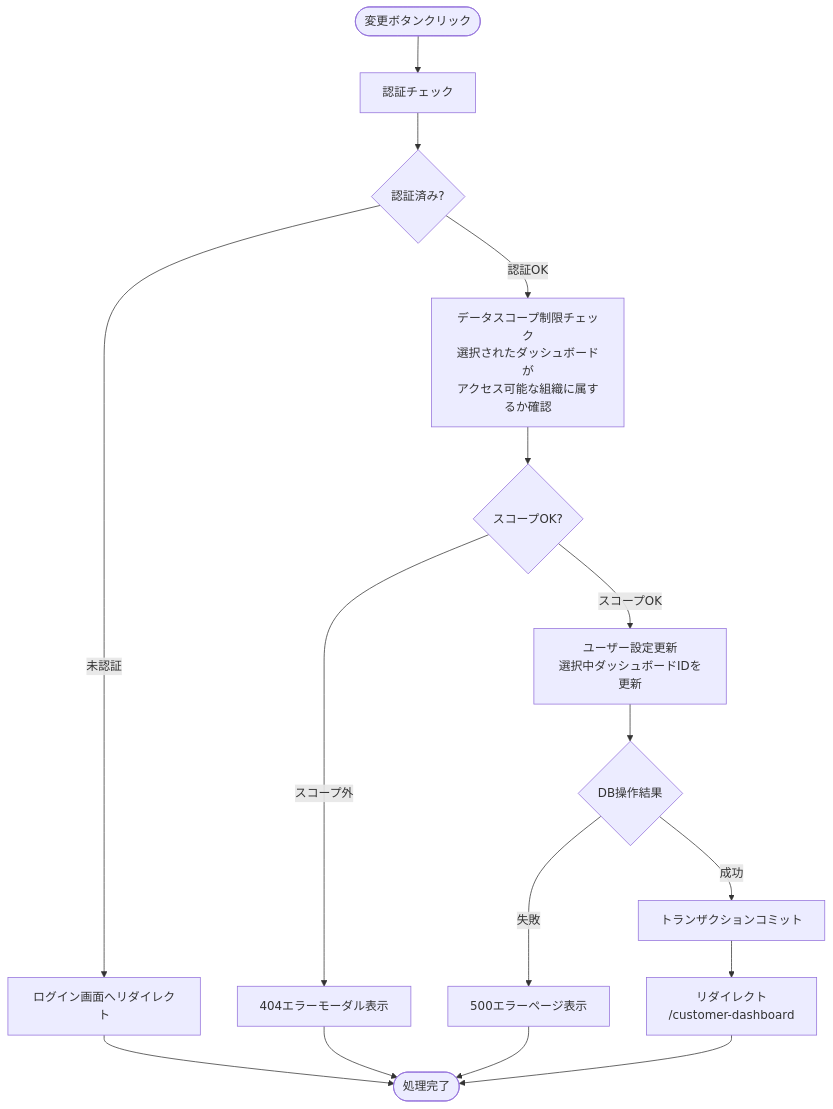
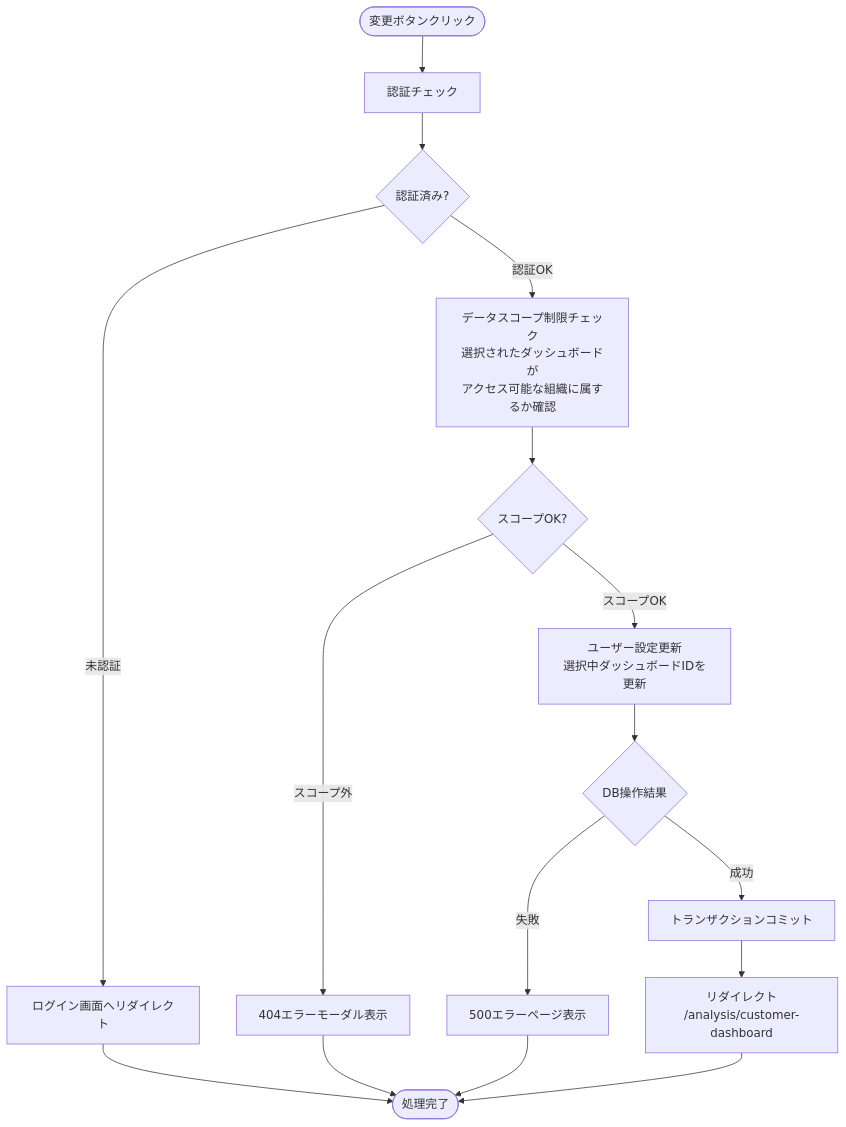
One commit to NSW-SVCP-AIWG002/Databricks-IoT changed the fourth of 15 diagrams in docs/03-features/flask-app/customer-dashboard/common/workflow-specification.md. Above: the diagram before and after it, drawn with Mermaid. The commit also changed other lines of this file and 5 other files, not shown here.

````diff
--- a/docs/03-features/flask-app/customer-dashboard/common/workflow-specification.md
+++ b/docs/03-features/flask-app/customer-dashboard/common/workflow-specification.md
@@ -883,21 +883,21 @@
 ```mermaid
 flowchart TD
     Start([変更ボタンクリック]) --> Auth[認証チェック]
     Auth --> CheckAuth{認証済み?}
     CheckAuth -->|未認証| LoginRedirect[ログイン画面へリダイレクト]
 
     CheckAuth -->|認証OK| Scope[データスコープ制限チェック<br>選択されたダッシュボードが<br>アクセス可能な組織に属するか確認]
     Scope --> CheckScope{スコープOK?}
     CheckScope -->|スコープ外| Error404[404エラーモーダル表示]
 
     CheckScope -->|スコープOK| UpdateSetting[ユーザー設定更新<br>選択中ダッシュボードIDを更新]
     UpdateSetting --> CheckUpdate{DB操作結果}
     CheckUpdate -->|失敗| Error500[500エラーページ表示]
     CheckUpdate -->|成功| Commit[トランザクションコミット]
-    Commit --> Redirect[リダイレクト<br>/customer-dashboard]
+    Commit --> Redirect[リダイレクト<br>/analysis/customer-dashboard]
 
     LoginRedirect --> End([処理完了])
     Redirect --> End
     Error404 --> End
     Error500 --> End
 ```
````
